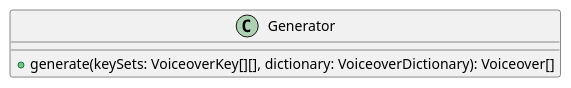
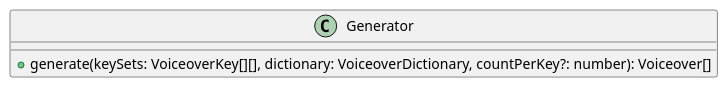
Before and after one commit to tohasan/car-number-voiceover: the first of 3 diagrams in src/voiceover-generator/generator/generator.puml, drawn with PlantUML. The commit also changed 15 other files, not shown here.

Commit message:
voiceover-generator: implemented the basic version of generating representative set, implemented generating a requested count of voiceovers per car number

```diff
--- a/src/voiceover-generator/generator/generator.puml
+++ b/src/voiceover-generator/generator/generator.puml
@@ -1,7 +1,7 @@
 @startuml
 
 class Generator {
-    + generate(keySets: VoiceoverKey[][], dictionary: VoiceoverDictionary): Voiceover[]
+    + generate(keySets: VoiceoverKey[][], dictionary: VoiceoverDictionary, countPerKey?: number): Voiceover[]
 }
 
 @enduml
```
